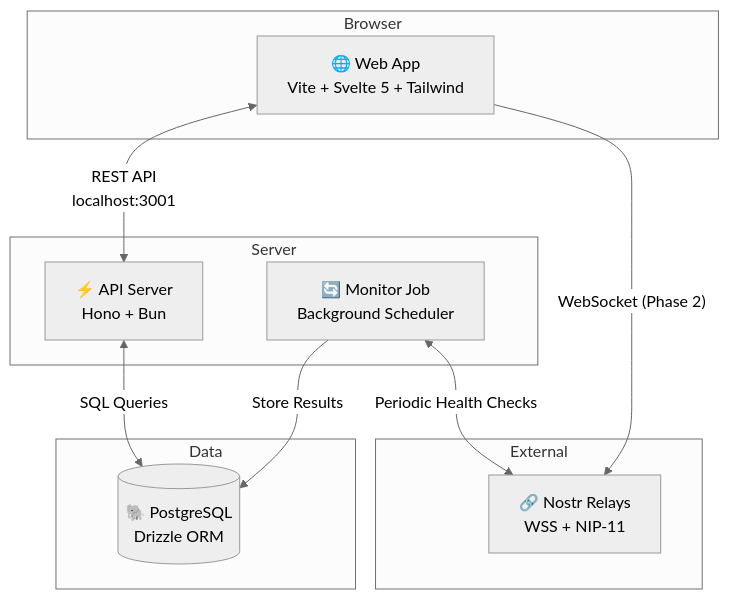
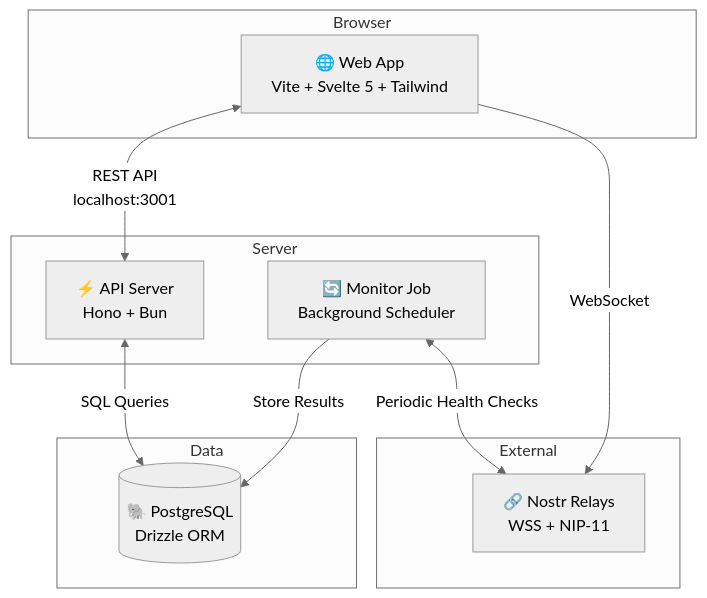
The first of 5 diagrams in docs/architecture/overview.md (saad-tayyab/relay-dog), drawn with Mermaid (neutral theme) before and after one commit. The commit also changed other lines of this file and 30 other files, not shown here.

````diff
--- a/docs/architecture/overview.md
+++ b/docs/architecture/overview.md
@@ -9,25 +9,25 @@
 ```mermaid
 graph TB
     subgraph "Browser"
         WEB["🌐 Web App<br/>Vite + Svelte 5 + Tailwind"]
     end
 
     subgraph "Server"
         API["⚡ API Server<br/>Hono + Bun"]
         MON["🔄 Monitor Job<br/>Background Scheduler"]
     end
 
     subgraph "Data"
         DB[("🐘 PostgreSQL<br/>Drizzle ORM")]
     end
 
     subgraph "External"
         RELAY["🔗 Nostr Relays<br/>WSS + NIP-11"]
     end
 
     WEB <-->|"REST API<br/>localhost:3001"| API
     API <-->|"SQL Queries"| DB
     MON <-->|"Periodic Health Checks"| RELAY
     MON -->|"Store Results"| DB
-    WEB -->|"WebSocket (Phase 2)"| RELAY
+    WEB -->|"WebSocket"| RELAY
 ```
````
